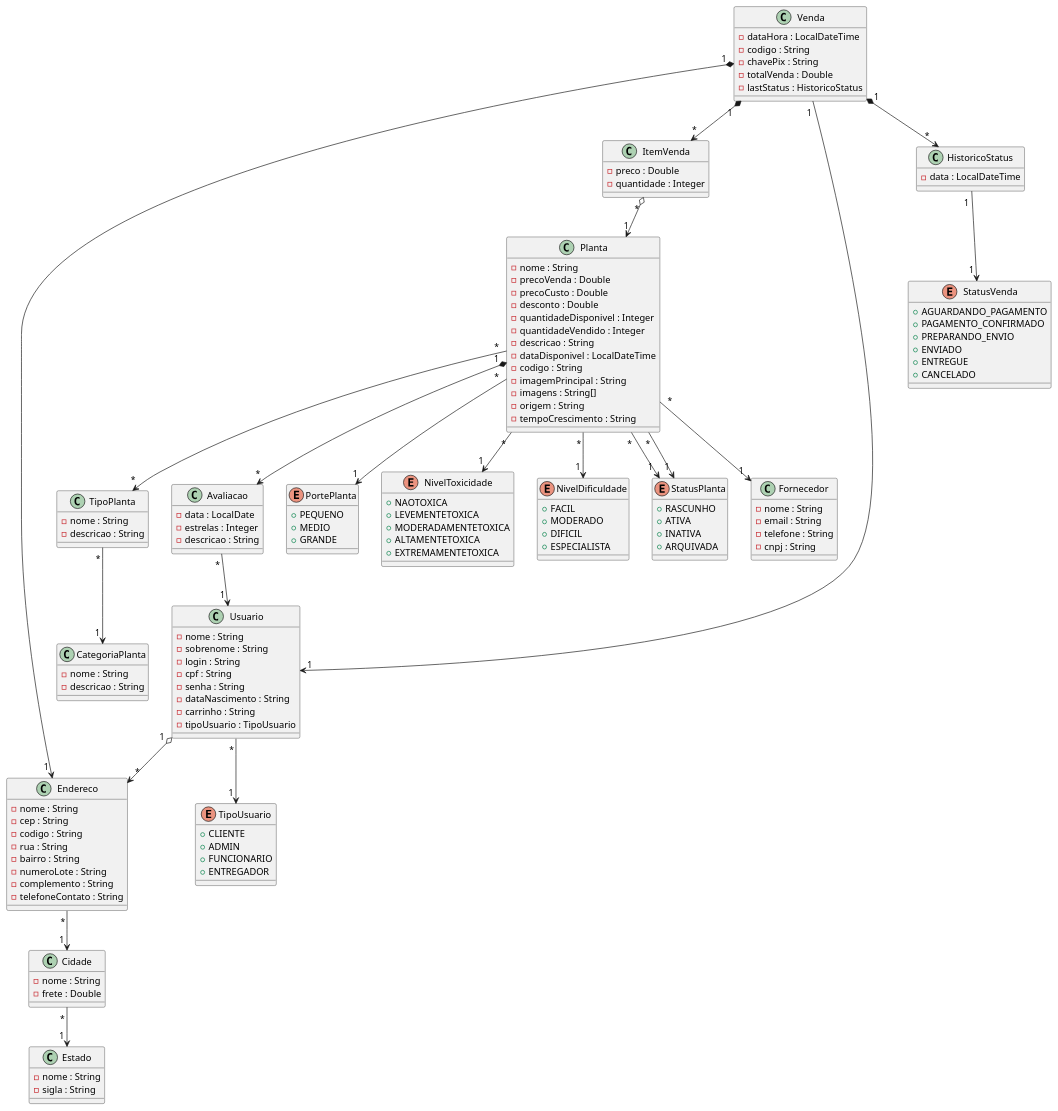
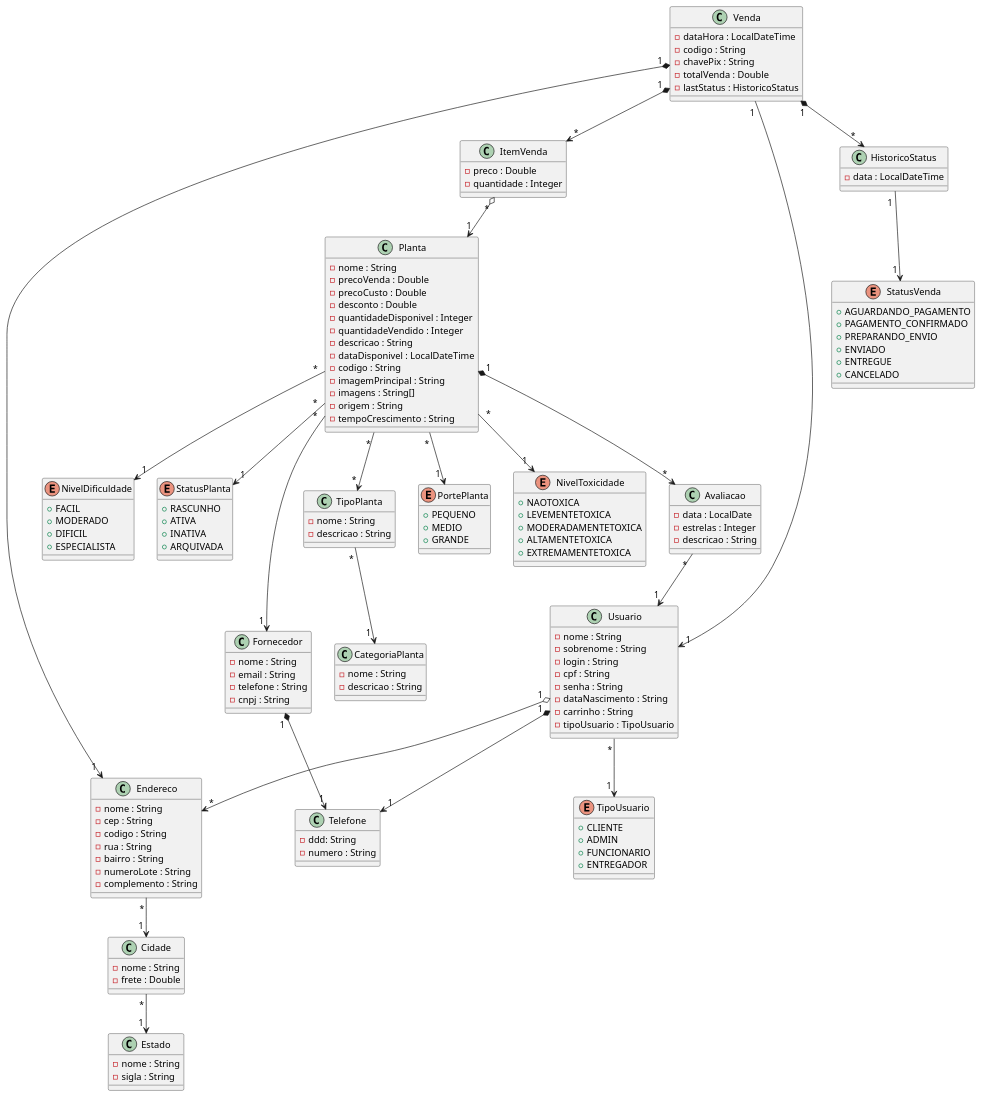
One commit to bealfredo/tp-floricultura-quarkus changed the diagram in others/diagrama.plantuml. Above: the diagram before and after it, drawn with PlantUML.

Commit message:
ajusts telefone

```diff
--- a/others/diagrama.plantuml
+++ b/others/diagrama.plantuml
@@ -1,170 +1,174 @@
 @startuml TrabalhoTopicos
 
 class Usuario {
   - nome : String
   - sobrenome : String
   - login : String
   - cpf : String
   - senha : String
   - dataNascimento : String
   - carrinho : String
   - tipoUsuario : TipoUsuario
 }
 
 Usuario " * " --> " 1 " TipoUsuario
 Usuario " 1 " o--> " * " Endereco
+Usuario " 1 " *--> " 1 " Telefone
 
 enum TipoUsuario{
   + CLIENTE
   + ADMIN
   + FUNCIONARIO
   + ENTREGADOR
 }
 
 class Endereco {
   - nome : String
   - cep : String
   - codigo : String
   - rua : String
   - bairro : String
   - numeroLote : String
   - complemento : String
-  - telefoneContato : String
 }
 
 Endereco " * " --> " 1 " Cidade
 
 class Cidade {
   - nome : String
   - frete : Double
 }
 
 Cidade " * " --> " 1 " Estado
 
 class Estado {
   - nome : String
   - sigla : String
 }
 
 class Fornecedor {
   - nome : String
   - email : String
   - telefone : String
   - cnpj : String
+}
 
-}
+Fornecedor " 1 " *--> " 1" Telefone
 
 class CategoriaPlanta {
   - nome : String
   - descricao : String
 }
 
 class TipoPlanta {
   - nome : String
   - descricao : String
 }
 
 TipoPlanta " * " --> " 1 " CategoriaPlanta
 
 class Planta {
   - nome : String
   - precoVenda : Double
   - precoCusto : Double
   - desconto : Double
   - quantidadeDisponivel : Integer
   - quantidadeVendido : Integer
   - descricao : String
   - dataDisponivel : LocalDateTime
   - codigo : String
   - imagemPrincipal : String
   - imagens : String[]
   - origem : String
   - tempoCrescimento : String
 }
 
 Planta " * " --> " 1 " PortePlanta
 Planta " * " --> " 1 " NivelToxicidade
 Planta " * " --> " 1 " NivelDificuldade
 Planta " * " --> " * " TipoPlanta
 Planta " * " --> " 1 " StatusPlanta
 Planta " * " --> " 1 " Fornecedor
 
 enum NivelToxicidade {
   + NAOTOXICA
   + LEVEMENTETOXICA
   + MODERADAMENTETOXICA
   + ALTAMENTETOXICA
   + EXTREMAMENTETOXICA
 }
 
 enum NivelDificuldade {
   + FACIL
   + MODERADO
   + DIFICIL
   + ESPECIALISTA 
 }
 
 enum PortePlanta {
   + PEQUENO
   + MEDIO
   + GRANDE
 }
 
 enum StatusPlanta {
   + RASCUNHO
   + ATIVA
   + INATIVA
   + ARQUIVADA
 }
 
-Planta " * " --> " 1 " StatusPlanta
-
 
 class ItemVenda {
   - preco : Double
   - quantidade : Integer
 }
 
 ItemVenda " * " o--> " 1" Planta
 
 
 class HistoricoStatus {
   - data : LocalDateTime
 }
 
 enum StatusVenda {
   + AGUARDANDO_PAGAMENTO
   + PAGAMENTO_CONFIRMADO
   + PREPARANDO_ENVIO
   + ENVIADO
   + ENTREGUE
   + CANCELADO
 }
 
 HistoricoStatus " 1 " --> " 1 " StatusVenda
 
 class Venda {
   - dataHora : LocalDateTime
   - codigo : String
   - chavePix : String
   - totalVenda : Double
   - lastStatus : HistoricoStatus
 }
 
 Venda " 1 " *--> " *" ItemVenda
 Venda " 1 " *--> " * " HistoricoStatus
 Venda " 1 " --> " 1 " Usuario
 Venda " 1 " *--> " 1 " Endereco
 
 class Avaliacao {
    - data : LocalDate
    - estrelas : Integer
    - descricao : String
 }
 
 Avaliacao " * " --> " 1 " Usuario
 Planta " 1 " *--> " * " Avaliacao
 
+class Telefone {
+  - ddd: String
+  - numero : String
+}
+
 
 
 @enduml
```
